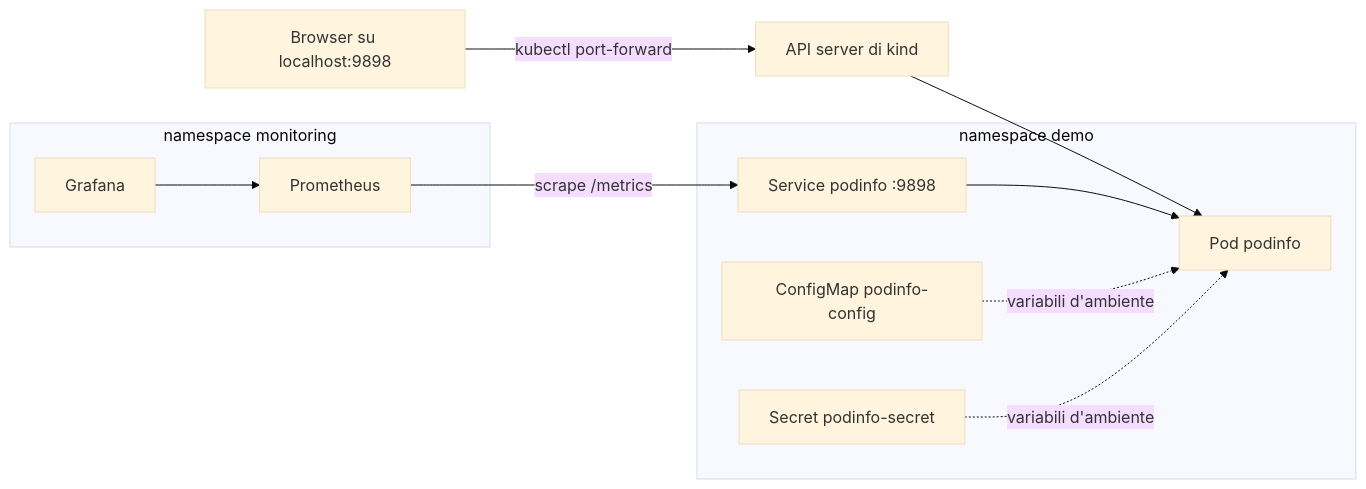
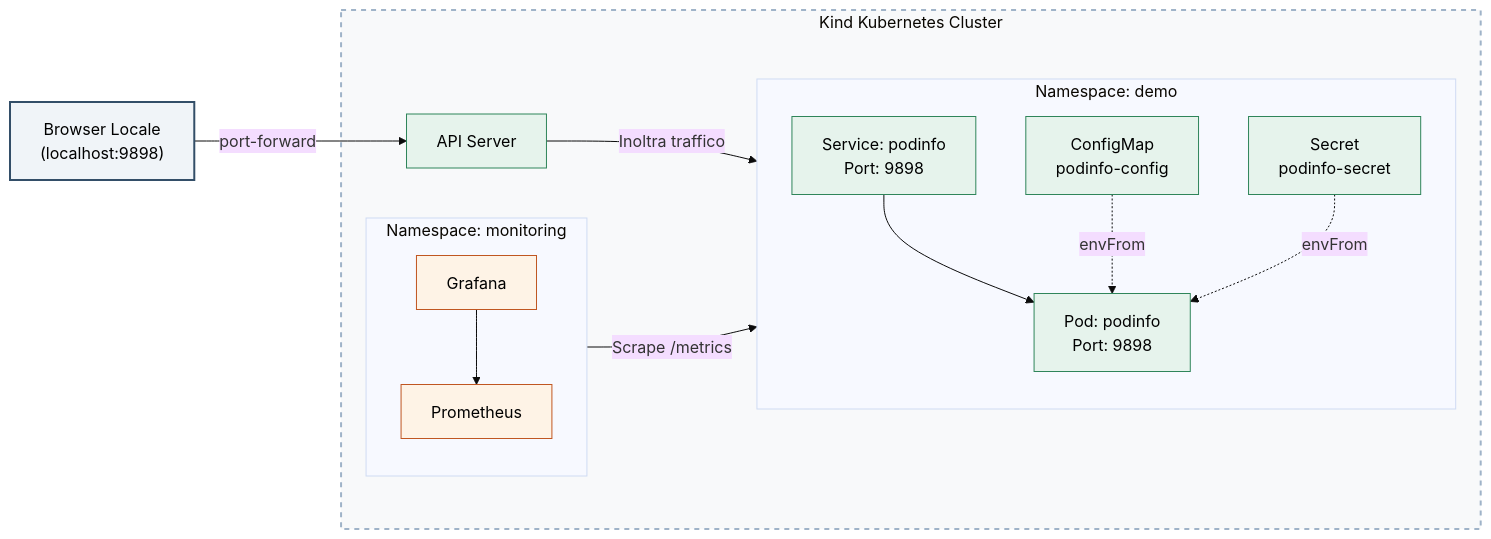
The diagram in README.md (SinghPartap01/kiratech-challenge-l2), drawn with Mermaid (base theme) before and after one commit.

````diff
--- a/README.md
+++ b/README.md
@@ -23,14 +23,43 @@
 ```mermaid
 flowchart LR
-    B["Browser su localhost:9898"] -->|kubectl port-forward| API["API server di kind"]
-    API --> POD
-    subgraph demo["namespace demo"]
-        SVC["Service podinfo :9898"] --> POD["Pod podinfo"]
-        CM["ConfigMap podinfo-config"] -. variabili d'ambiente .-> POD
-        SEC["Secret podinfo-secret"] -. variabili d'ambiente .-> POD
+    %% Definizione stili per separare visivamente le aree
+    classDef external fill:#f0f4f8,stroke:#334e68,stroke-width:2px,color:#000;
+    classDef k8s fill:#f8f9fa,stroke:#9fb3c8,stroke-width:2px,stroke-dasharray: 5 5;
+    classDef app fill:#e6f3ec,stroke:#2f855a,stroke-width:1px,color:#000;
+    classDef obs fill:#fef3e6,stroke:#c05621,stroke-width:1px,color:#000;
+
+    %% Nodo esterno
+    Browser["Browser Locale<br>(localhost:9898)"]:::external
+
+    subgraph K8s ["Kind Kubernetes Cluster"]
+        API["API Server"]:::app
+
+        subgraph Demo ["Namespace: demo"]
+            direction TB
+            SVC["Service: podinfo<br>Port: 9898"]:::app
+            POD["Pod: podinfo<br>Port: 9898"]:::app
+            CM["ConfigMap<br>podinfo-config"]:::app
+            SEC["Secret<br>podinfo-secret"]:::app
+            
+            SVC --> POD
+            CM -. "envFrom" .-> POD
+            SEC -. "envFrom" .-> POD
+        end
+
+        subgraph Mon ["Namespace: monitoring"]
+            direction TB
+            GRAF["Grafana"]:::obs
+            PROM["Prometheus"]:::obs
+            
+            GRAF --> PROM
+        end
     end
-    subgraph monitoring["namespace monitoring"]
-        PROM["Prometheus"] -->|scrape /metrics| SVC
-        GRAF["Grafana"] --> PROM
-    end
+
+    %% Flussi principali
+    Browser -- "port-forward" --> API
+    API -- "Inoltra traffico" --> SVC
+    PROM -- "Scrape /metrics" --> POD
+
+    %% Applicazione degli stili ai box esterni
+    class K8s k8s;
 ```
````
